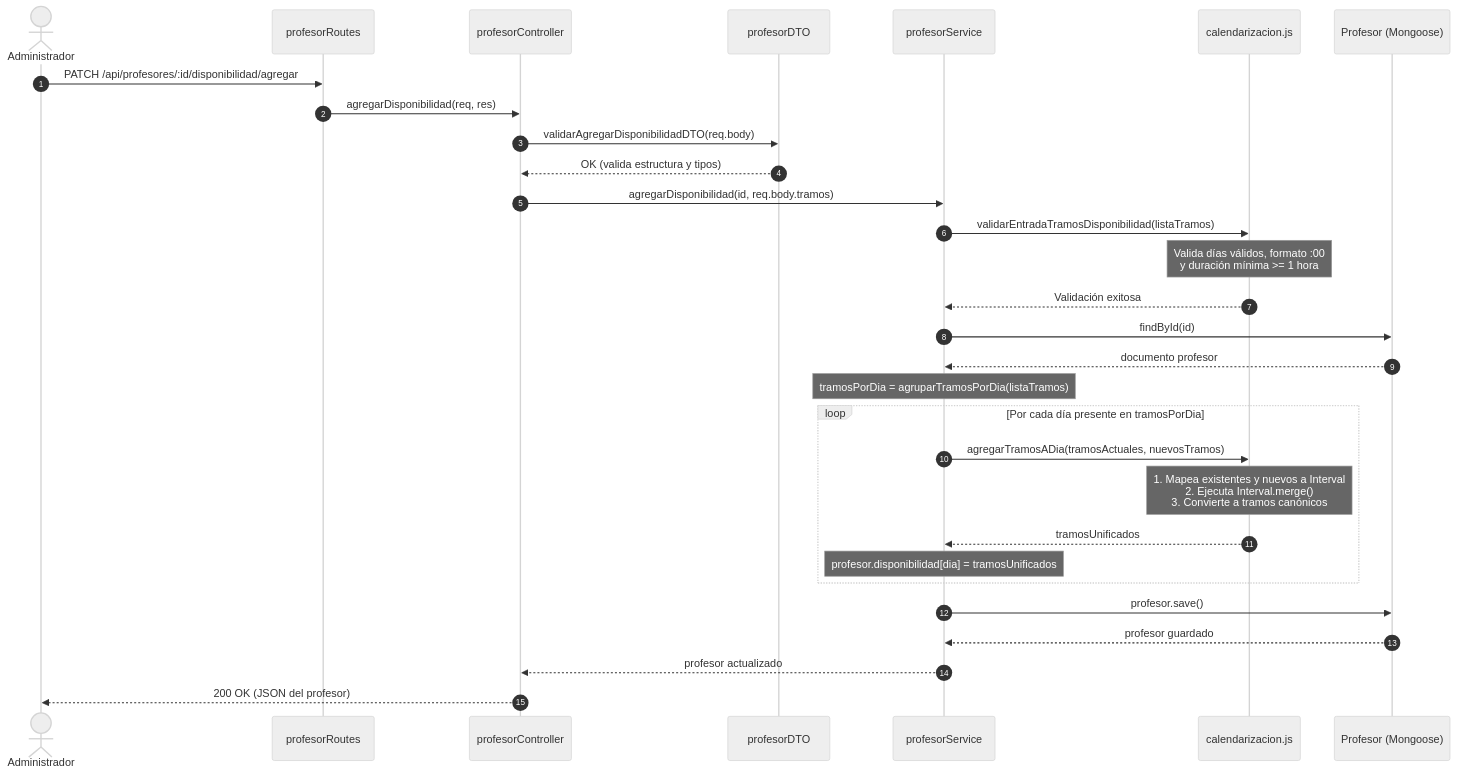
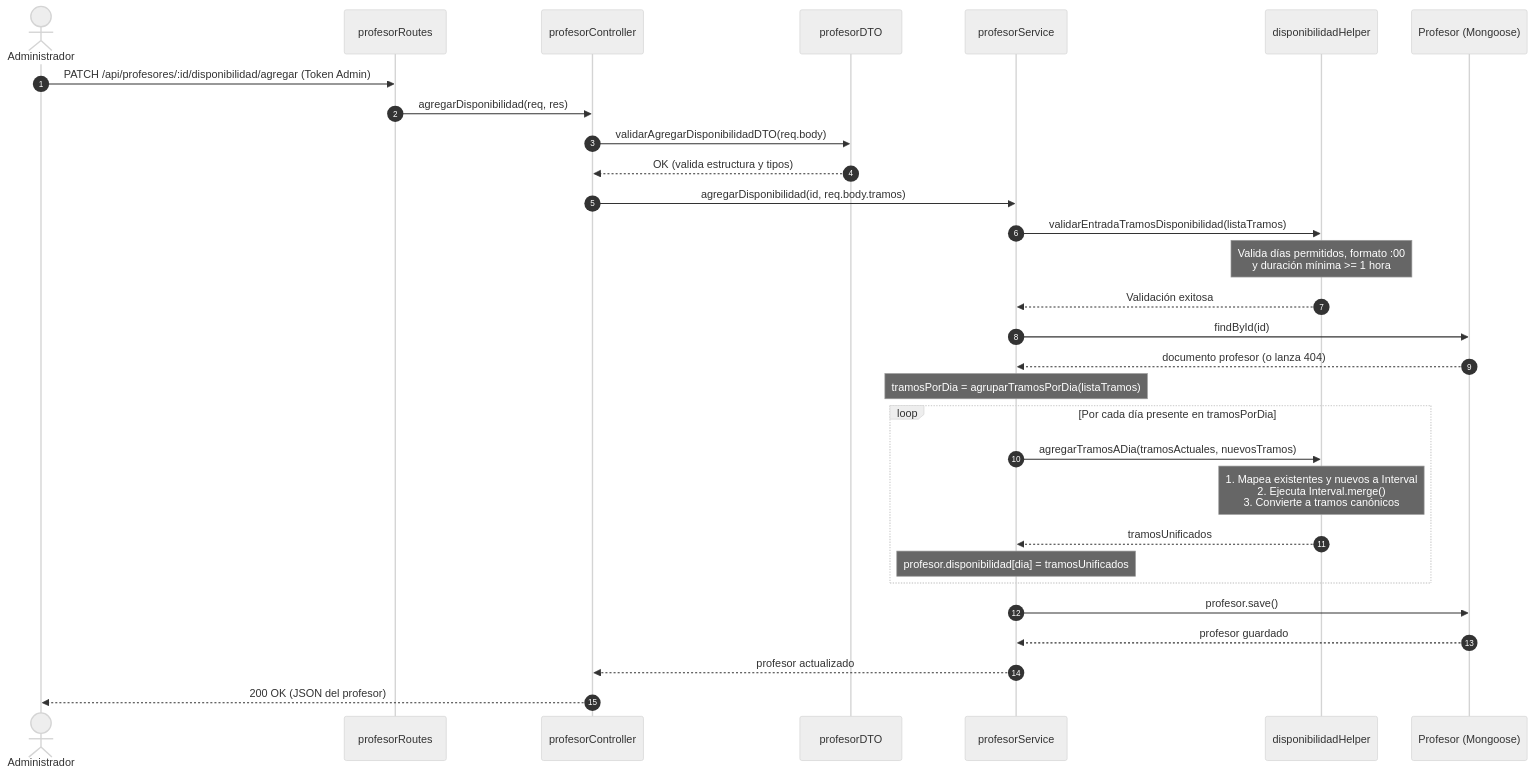
One commit to SM03594/INSPT-Prog3-DriveAndLearn-backend changed the third of 6 diagrams in docs/Guias/Flujos/disponibilidad-profesor.md. Above: the diagram before and after it, drawn with Mermaid (neutral theme). The commit also changed other lines of this file and 11 other files, not shown here.

````diff
--- a/docs/Guias/Flujos/disponibilidad-profesor.md
+++ b/docs/Guias/Flujos/disponibilidad-profesor.md
@@ -162,38 +172,38 @@
 ```mermaid
 sequenceDiagram
     autonumber
     actor Admin as Administrador
     participant Route as profesorRoutes
     participant Ctrl as profesorController
     participant DTO as profesorDTO
     participant Svc as profesorService
-    participant Cal as calendarizacion.js
+    participant HDisp as disponibilidadHelper
     participant Model as Profesor (Mongoose)
 
-    Admin->>Route: PATCH /api/profesores/:id/disponibilidad/agregar
+    Admin->>Route: PATCH /api/profesores/:id/disponibilidad/agregar (Token Admin)
     Route->>Ctrl: agregarDisponibilidad(req, res)
     Ctrl->>DTO: validarAgregarDisponibilidadDTO(req.body)
     DTO-->>Ctrl: OK (valida estructura y tipos)
     Ctrl->>Svc: agregarDisponibilidad(id, req.body.tramos)
     
-    Svc->>Cal: validarEntradaTramosDisponibilidad(listaTramos)
-    Note over Cal: Valida días válidos, formato :00<br/>y duración mínima >= 1 hora
-    Cal-->>Svc: Validación exitosa
+    Svc->>HDisp: validarEntradaTramosDisponibilidad(listaTramos)
+    Note over HDisp: Valida días permitidos, formato :00<br/>y duración mínima >= 1 hora
+    HDisp-->>Svc: Validación exitosa
 
     Svc->>Model: findById(id)
-    Model-->>Svc: documento profesor
+    Model-->>Svc: documento profesor (o lanza 404)
 
     Note over Svc: tramosPorDia = agruparTramosPorDia(listaTramos)
 
     loop Por cada día presente en tramosPorDia
-        Svc->>Cal: agregarTramosADia(tramosActuales, nuevosTramos)
-        Note over Cal: 1. Mapea existentes y nuevos a Interval<br/>2. Ejecuta Interval.merge()<br/>3. Convierte a tramos canónicos
-        Cal-->>Svc: tramosUnificados
+        Svc->>HDisp: agregarTramosADia(tramosActuales, nuevosTramos)
+        Note over HDisp: 1. Mapea existentes y nuevos a Interval<br/>2. Ejecuta Interval.merge()<br/>3. Convierte a tramos canónicos
+        HDisp-->>Svc: tramosUnificados
         Note over Svc: profesor.disponibilidad[dia] = tramosUnificados
     end
 
     Svc->>Model: profesor.save()
     Model-->>Svc: profesor guardado
     Svc-->>Ctrl: profesor actualizado
     Ctrl-->>Admin: 200 OK (JSON del profesor)
 ```
````
